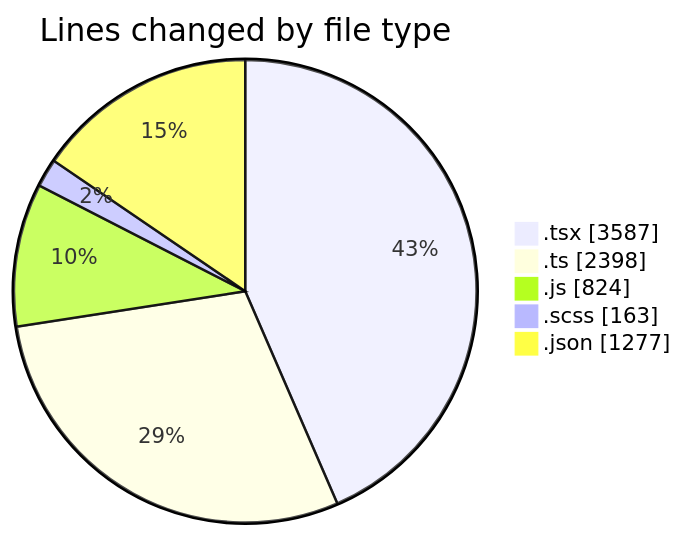
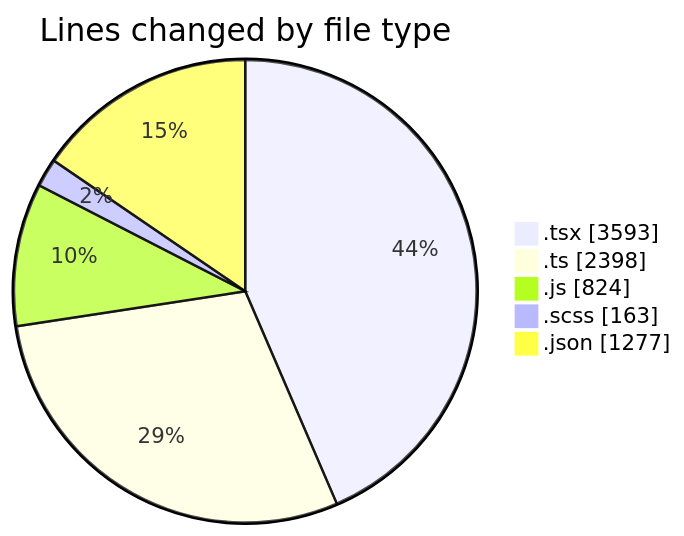
The first of 2 diagrams in 2026-06-15/cda/README.md (momahboobian/code-tracking), drawn with Mermaid before and after one commit. The commit also changed other lines of this file and 1 other file, not shown here.

````diff
--- a/2026-06-15/cda/README.md
+++ b/2026-06-15/cda/README.md
@@ -67,9 +67,9 @@
 ```mermaid
 pie showData
 title Lines changed by file type
-".tsx" : 3587
+".tsx" : 3593
 ".ts" : 2398
 ".js" : 824
 ".scss" : 163
 ".json" : 1277
 ```
````
